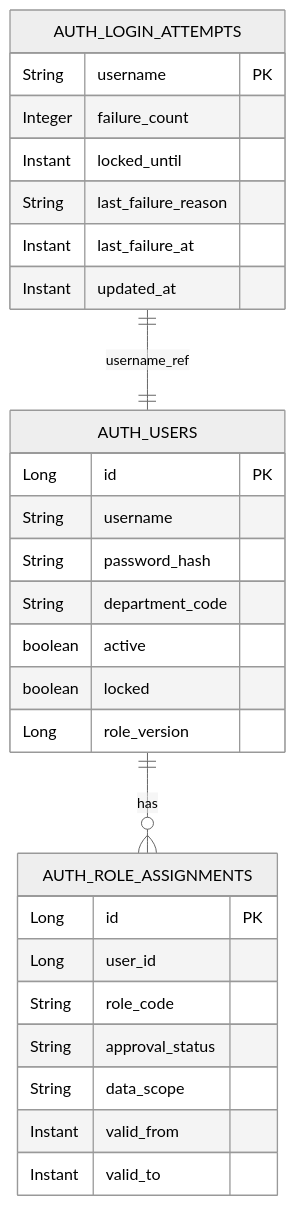
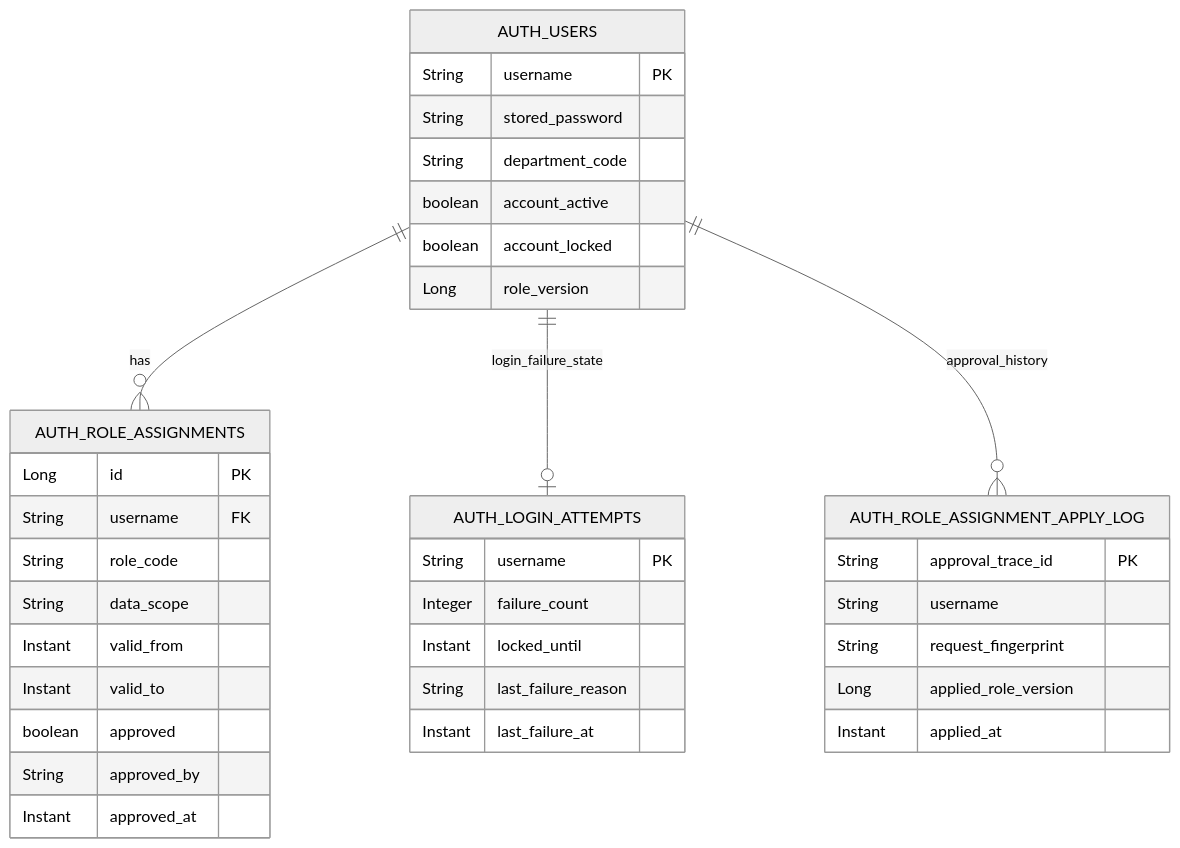
Before and after one commit to skyg547/account: the diagram in auth/docs/schema.md, drawn with Mermaid (neutral theme). The commit also changed other lines of this file and 46 other files, not shown here.

Commit message:
Harden auth role assignment and token snapshots

````diff
--- a/auth/docs/schema.md
+++ b/auth/docs/schema.md
@@ -7,31 +7,39 @@
 ```mermaid
 erDiagram
     AUTH_USERS ||--o{ AUTH_ROLE_ASSIGNMENTS : has
-    AUTH_LOGIN_ATTEMPTS ||--|| AUTH_USERS : username_ref
+    AUTH_USERS ||--o| AUTH_LOGIN_ATTEMPTS : login_failure_state
+    AUTH_USERS ||--o{ AUTH_ROLE_ASSIGNMENT_APPLY_LOG : approval_history
     AUTH_USERS {
-        Long id PK
-        String username
-        String password_hash
+        String username PK
+        String stored_password
         String department_code
-        boolean active
-        boolean locked
+        boolean account_active
+        boolean account_locked
         Long role_version
     }
     AUTH_ROLE_ASSIGNMENTS {
         Long id PK
-        Long user_id
+        String username FK
         String role_code
-        String approval_status
         String data_scope
         Instant valid_from
         Instant valid_to
+        boolean approved
+        String approved_by
+        Instant approved_at
     }
     AUTH_LOGIN_ATTEMPTS {
         String username PK
         Integer failure_count
         Instant locked_until
         String last_failure_reason
         Instant last_failure_at
-        Instant updated_at
+    }
+    AUTH_ROLE_ASSIGNMENT_APPLY_LOG {
+        String approval_trace_id PK
+        String username
+        String request_fingerprint
+        Long applied_role_version
+        Instant applied_at
     }
 ```
````
